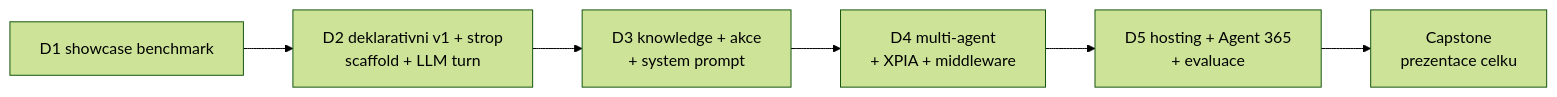
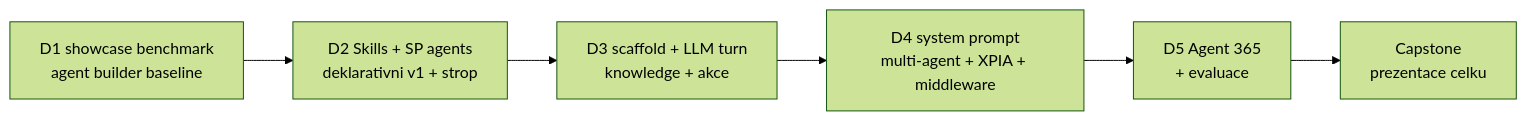
Before and after one commit to MalasekPetr/gopas-spo_copilot: the diagram in agenda.md, drawn with Mermaid (forest theme). The commit also changed other lines of this file and 15 other files, not shown here.

First line of the commit message:
Druhá rekalibrace: M365 den bez Azure, Skills a SharePoint agents do D2

````diff
--- a/agenda.md
+++ b/agenda.md
@@ -159,8 +171,8 @@
 ```mermaid
 flowchart LR
-  D1[D1 showcase benchmark] --> D2[D2 deklarativni v1 + strop<br/>scaffold + LLM turn]
-  D2 --> D3[D3 knowledge + akce<br/>+ system prompt]
-  D3 --> D4[D4 multi-agent<br/>+ XPIA + middleware]
-  D4 --> D5[D5 hosting + Agent 365<br/>+ evaluace]
+  D1[D1 showcase benchmark<br/>agent builder baseline] --> D2[D2 Skills + SP agents<br/>deklarativni v1 + strop]
+  D2 --> D3[D3 scaffold + LLM turn<br/>knowledge + akce]
+  D3 --> D4[D4 system prompt<br/>multi-agent + XPIA + middleware]
+  D4 --> D5[D5 Agent 365<br/>+ evaluace]
   D5 --> C[Capstone<br/>prezentace celku]
 ```
````
